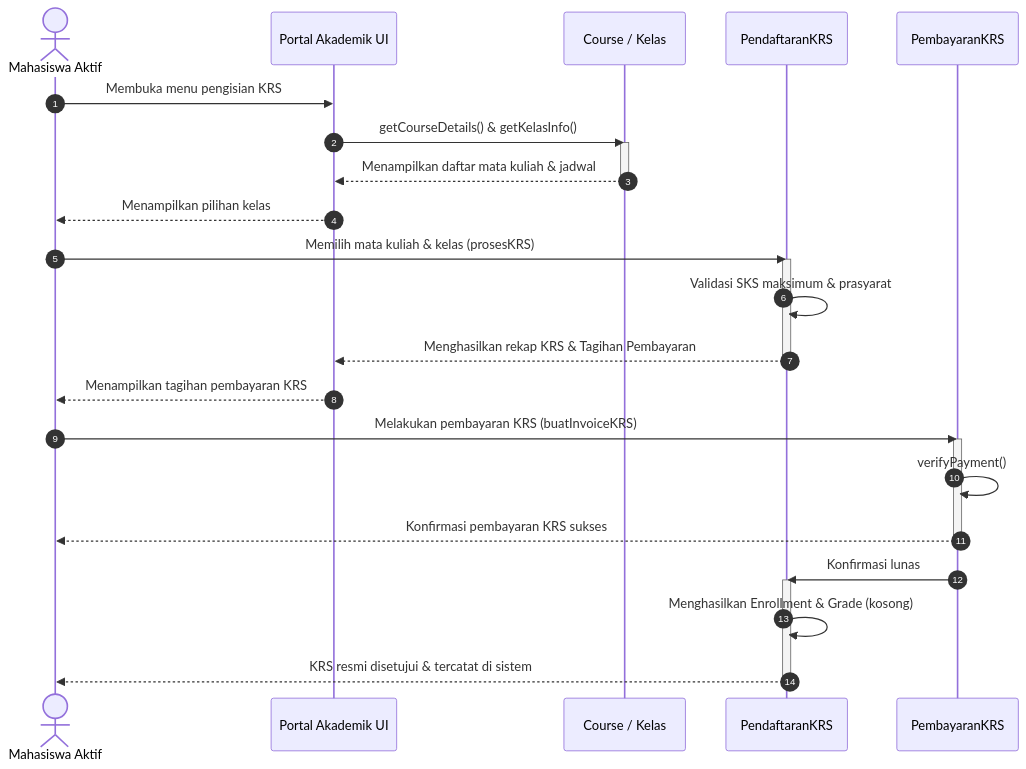
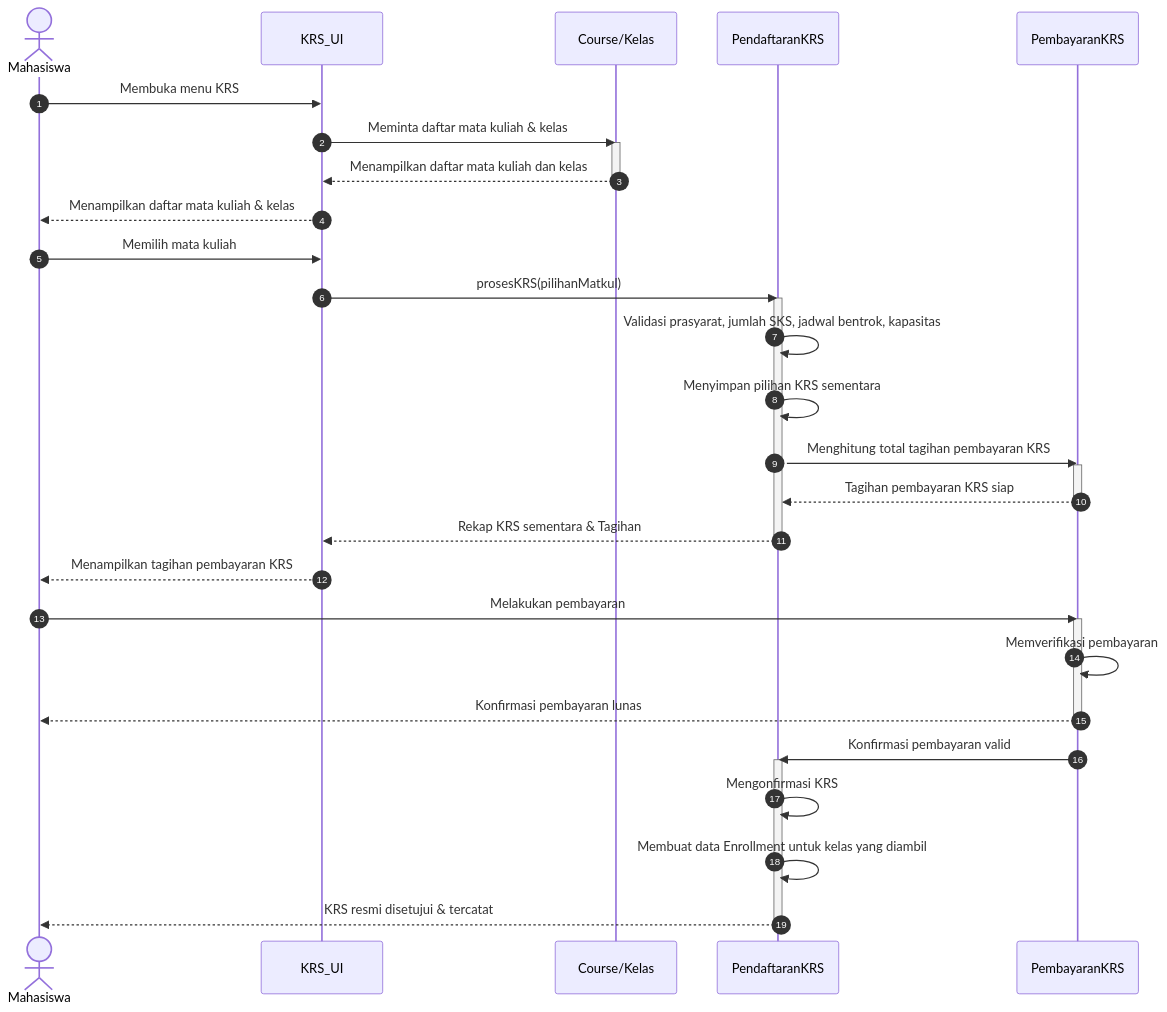
One commit to ghiffari-dev/Sevima-Mini changed the diagram in repo-structure/diagrams/sequence-krs.mmd. Above: the diagram before and after it, drawn with Mermaid. The commit also changed 2 other files, not shown here.

Commit message:
Refine sequence diagrams for PMB and KRS according to detailed business rules and update ai-usage-log

```diff
--- a/repo-structure/diagrams/sequence-krs.mmd
+++ b/repo-structure/diagrams/sequence-krs.mmd
@@ -1,34 +1,41 @@
 %% Sequence Diagram - Kartu Rencana Studi (KRS)
 sequenceDiagram
     autonumber
-    actor Mahasiswa as Mahasiswa Aktif
-    participant UI as Portal Akademik UI
-    participant Course as Course / Kelas
-    participant KRS as PendaftaranKRS
-    participant Payment as PembayaranKRS
+    actor Mahasiswa as Mahasiswa
+    participant KRS_UI as KRS_UI
+    participant Course as Course/Kelas
+    participant PendaftaranKRS as PendaftaranKRS
+    participant PembayaranKRS as PembayaranKRS
 
-    Mahasiswa->>UI: Membuka menu pengisian KRS
-    UI->>Course: getCourseDetails() & getKelasInfo()
+    Mahasiswa->>KRS_UI: Membuka menu KRS
+    KRS_UI->>Course: Meminta daftar mata kuliah & kelas
     activate Course
-    Course-->>UI: Menampilkan daftar mata kuliah & jadwal
+    Course-->>KRS_UI: Menampilkan daftar mata kuliah dan kelas
     deactivate Course
+    KRS_UI-->>Mahasiswa: Menampilkan daftar mata kuliah & kelas
 
-    UI-->>Mahasiswa: Menampilkan pilihan kelas
-    Mahasiswa->>KRS: Memilih mata kuliah & kelas (prosesKRS)
-    activate KRS
-    KRS->>KRS: Validasi SKS maksimum & prasyarat
-    KRS-->>UI: Menghasilkan rekap KRS & Tagihan Pembayaran
-    deactivate KRS
+    Mahasiswa->>KRS_UI: Memilih mata kuliah
+    KRS_UI->>PendaftaranKRS: prosesKRS(pilihanMatkul)
+    activate PendaftaranKRS
+    PendaftaranKRS->>PendaftaranKRS: Validasi prasyarat, jumlah SKS, jadwal bentrok, kapasitas
+    PendaftaranKRS->>PendaftaranKRS: Menyimpan pilihan KRS sementara
+    PendaftaranKRS->>PembayaranKRS: Menghitung total tagihan pembayaran KRS
+    activate PembayaranKRS
+    PembayaranKRS-->>PendaftaranKRS: Tagihan pembayaran KRS siap
+    deactivate PembayaranKRS
+    PendaftaranKRS-->>KRS_UI: Rekap KRS sementara & Tagihan
+    deactivate PendaftaranKRS
+    KRS_UI-->>Mahasiswa: Menampilkan tagihan pembayaran KRS
 
-    UI-->>Mahasiswa: Menampilkan tagihan pembayaran KRS
-    Mahasiswa->>Payment: Melakukan pembayaran KRS (buatInvoiceKRS)
-    activate Payment
-    Payment->>Payment: verifyPayment()
-    Payment-->>Mahasiswa: Konfirmasi pembayaran KRS sukses
-    deactivate Payment
+    Mahasiswa->>PembayaranKRS: Melakukan pembayaran
+    activate PembayaranKRS
+    PembayaranKRS->>PembayaranKRS: Memverifikasi pembayaran
+    PembayaranKRS-->>Mahasiswa: Konfirmasi pembayaran lunas
+    deactivate PembayaranKRS
 
-    Payment->>KRS: Konfirmasi lunas
-    activate KRS
-    KRS->>KRS: Menghasilkan Enrollment & Grade (kosong)
-    KRS-->>Mahasiswa: KRS resmi disetujui & tercatat di sistem
-    deactivate KRS
+    PembayaranKRS->>PendaftaranKRS: Konfirmasi pembayaran valid
+    activate PendaftaranKRS
+    PendaftaranKRS->>PendaftaranKRS: Mengonfirmasi KRS
+    PendaftaranKRS->>PendaftaranKRS: Membuat data Enrollment untuk kelas yang diambil
+    PendaftaranKRS-->>Mahasiswa: KRS resmi disetujui & tercatat
+    deactivate PendaftaranKRS
```
